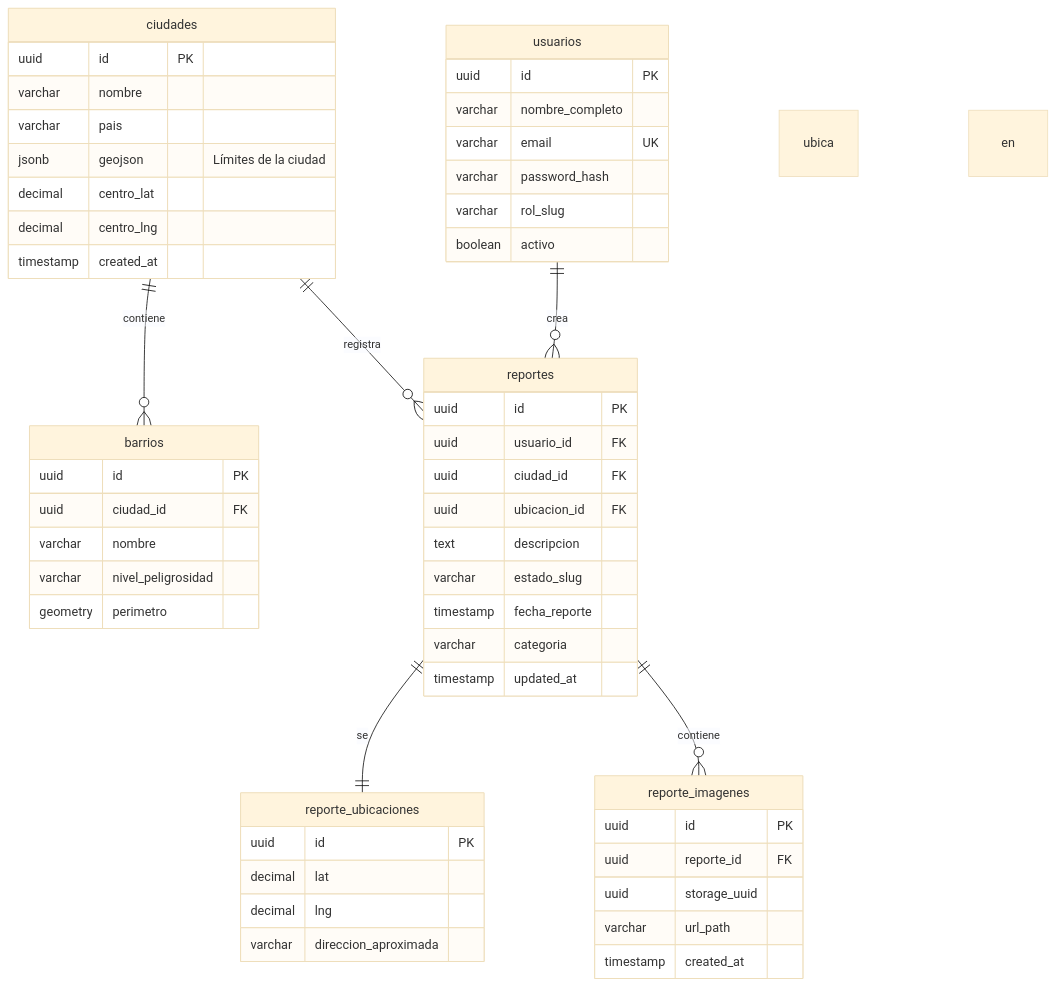
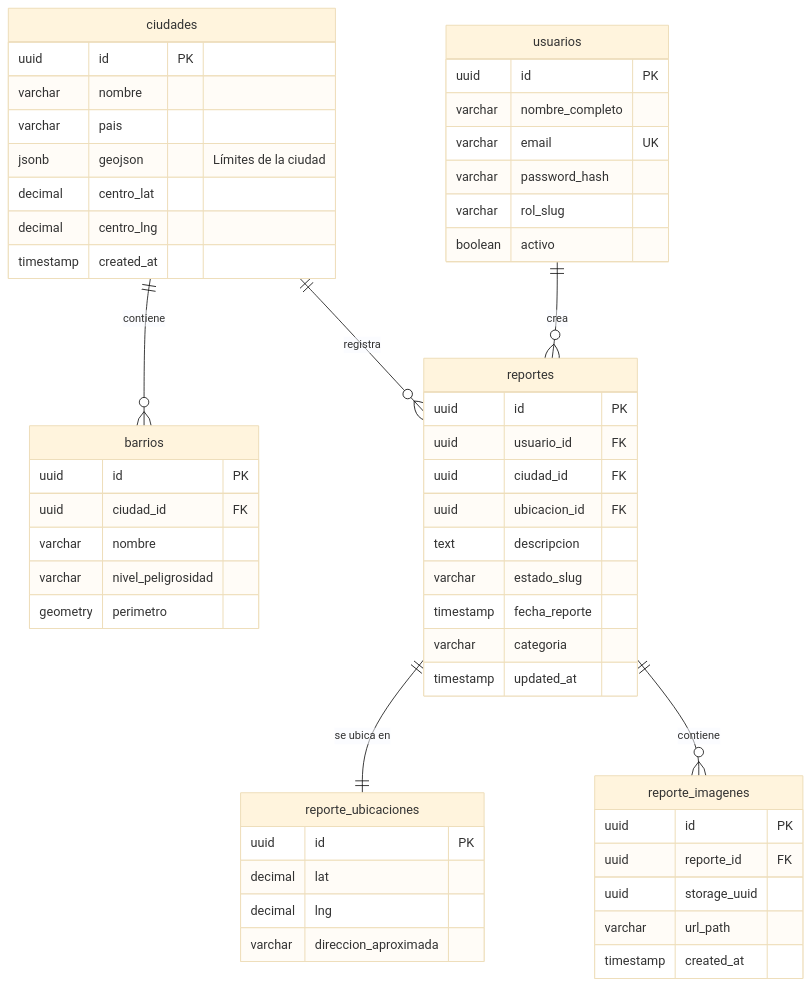
Before and after one commit to L50E02O/CityAlerta: the diagram in dosc/diagram/diagramER.md, drawn with Mermaid (base theme).

Commit message:
Correccion en el diagrama ER

````diff
--- a/dosc/diagram/diagramER.md
+++ b/dosc/diagram/diagramER.md
@@ -1,63 +1,63 @@
 ```mermaid
 erDiagram
     direction TB
     ciudades {
         uuid id PK ""
         varchar nombre ""
         varchar pais ""
         jsonb geojson "Límites de la ciudad"
         decimal centro_lat ""
         decimal centro_lng ""
         timestamp created_at ""
     }
 
     barrios {
         uuid id PK ""
         uuid ciudad_id FK ""
         varchar nombre ""
         varchar nivel_peligrosidad ""
         geometry perimetro ""
     }
 
     reportes {
         uuid id PK ""
         uuid usuario_id FK ""
         uuid ciudad_id FK ""
         uuid ubicacion_id FK ""
         text descripcion ""
         varchar estado_slug ""
         timestamp fecha_reporte ""
         varchar categoria ""
         timestamp updated_at ""
     }
 
     reporte_ubicaciones {
         uuid id PK ""
         decimal lat ""
         decimal lng ""
         varchar direccion_aproximada ""
     }
 
     reporte_imagenes {
         uuid id PK ""
         uuid reporte_id FK ""
         uuid storage_uuid ""
         varchar url_path ""
         timestamp created_at ""
     }
 
     usuarios {
         uuid id PK ""
         varchar nombre_completo ""
         varchar email UK ""
         varchar password_hash ""
         varchar rol_slug ""
         boolean activo ""
     }
 
-    usuarios ||--o{ reportes : crea
-    ciudades ||--o{ barrios : contiene
-    ciudades ||--o{ reportes : registra
-    reportes ||--|| reporte_ubicaciones : se ubica en
-    reportes ||--o{ reporte_imagenes : contiene
+    usuarios ||--o{ reportes : "crea"
+    ciudades ||--o{ barrios : "contiene"
+    ciudades ||--o{ reportes : "registra"
+    reportes ||--|| reporte_ubicaciones : "se ubica en"
+    reportes ||--o{ reporte_imagenes : "contiene"
 ```
````
